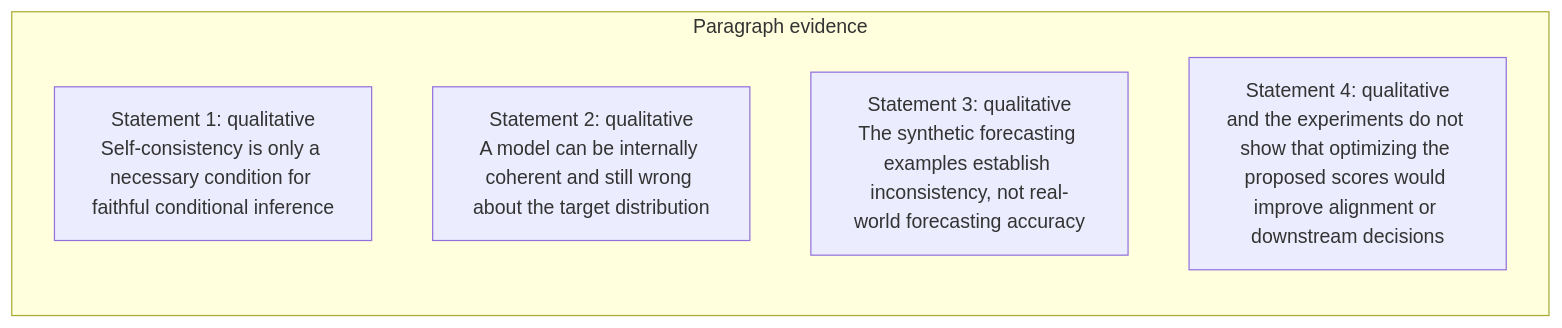
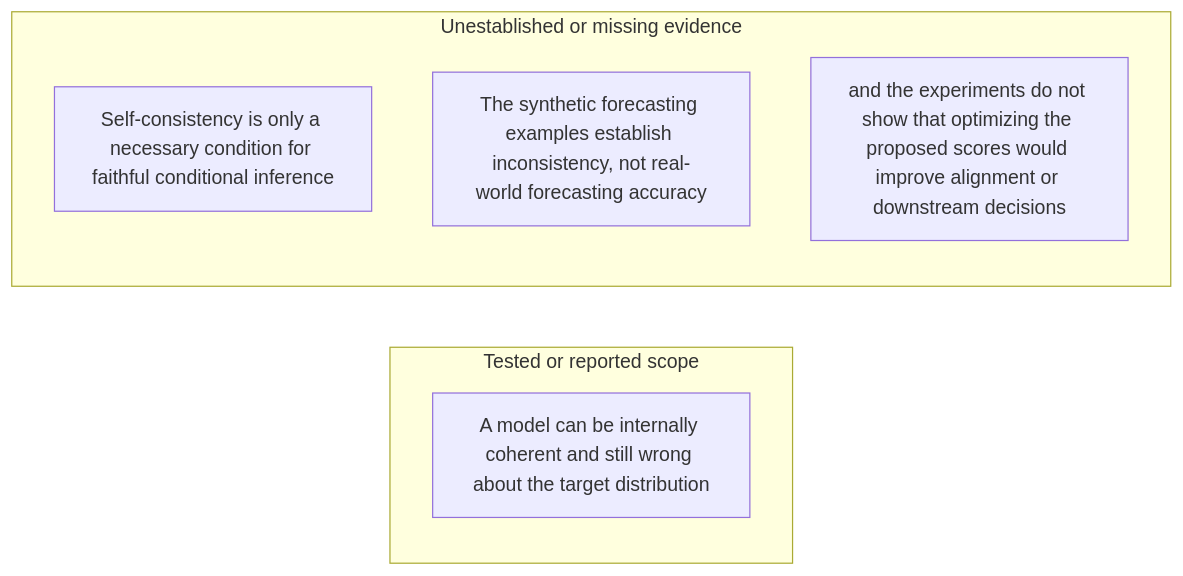
Diagram 40 of 48 in docs/visual-manifests/VISUAL_MANIFEST_PARTITION_PROMPT_AGGREGATE.md (Betancourt1/paper_atlas), drawn with Mermaid before and after one commit. The commit also changed other lines of this file and 7 other files, not shown here.

````diff
--- a/docs/visual-manifests/VISUAL_MANIFEST_PARTITION_PROMPT_AGGREGATE.md
+++ b/docs/visual-manifests/VISUAL_MANIFEST_PARTITION_PROMPT_AGGREGATE.md
@@ -3239,9 +3247,11 @@
 ```mermaid
 flowchart LR
-  subgraph p1["Paragraph evidence"]
-    p1r1["Statement 1: qualitative<br/>Self-consistency is only a necessary condition for faithful conditional inference"]
-    p1r2["Statement 2: qualitative<br/>A model can be internally coherent and still wrong about the target distribution"]
-    p1r3["Statement 3: qualitative<br/>The synthetic forecasting examples establish inconsistency, not real-world forecasting accuracy"]
-    p1r4["Statement 4: qualitative<br/>and the experiments do not show that optimizing the proposed scores would improve alignment or downstream decisions"]
+  subgraph g1["Tested or reported scope"]
+    g1i1["A model can be internally coherent and still wrong about the target distribution"]
+  end
+  subgraph g2["Unestablished or missing evidence"]
+    g2i1["Self-consistency is only a necessary condition for faithful conditional inference"]
+    g2i2["The synthetic forecasting examples establish inconsistency, not real-world forecasting accuracy"]
+    g2i3["and the experiments do not show that optimizing the proposed scores would improve alignment or downstream decisions"]
   end
 ```
````
